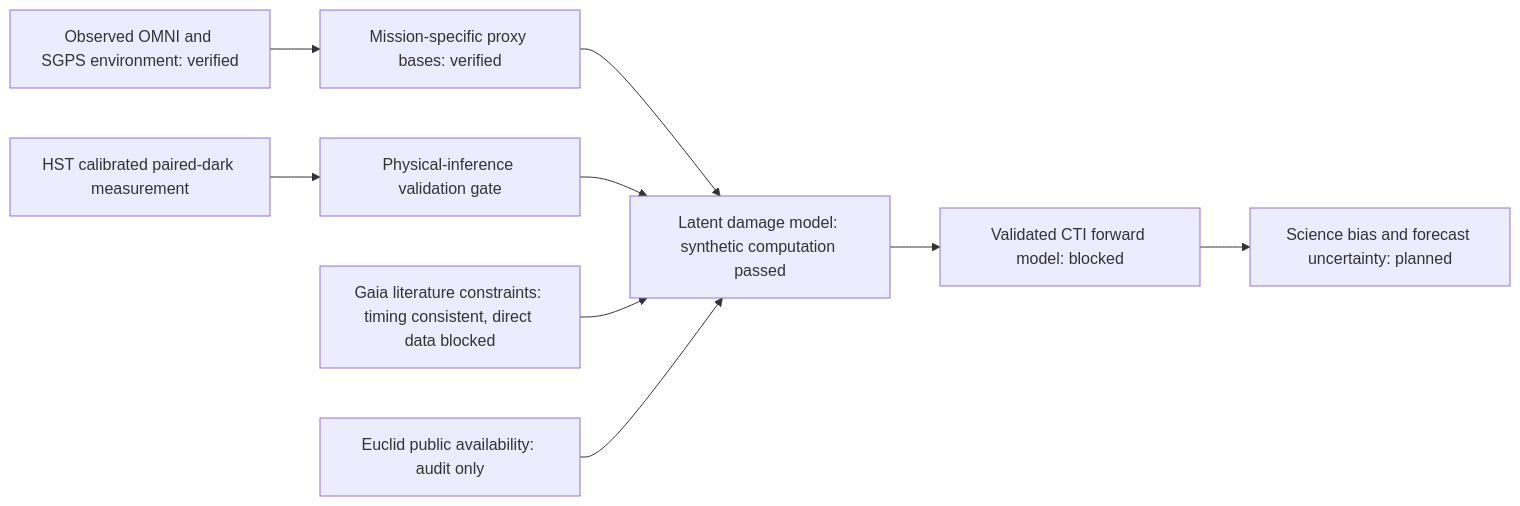
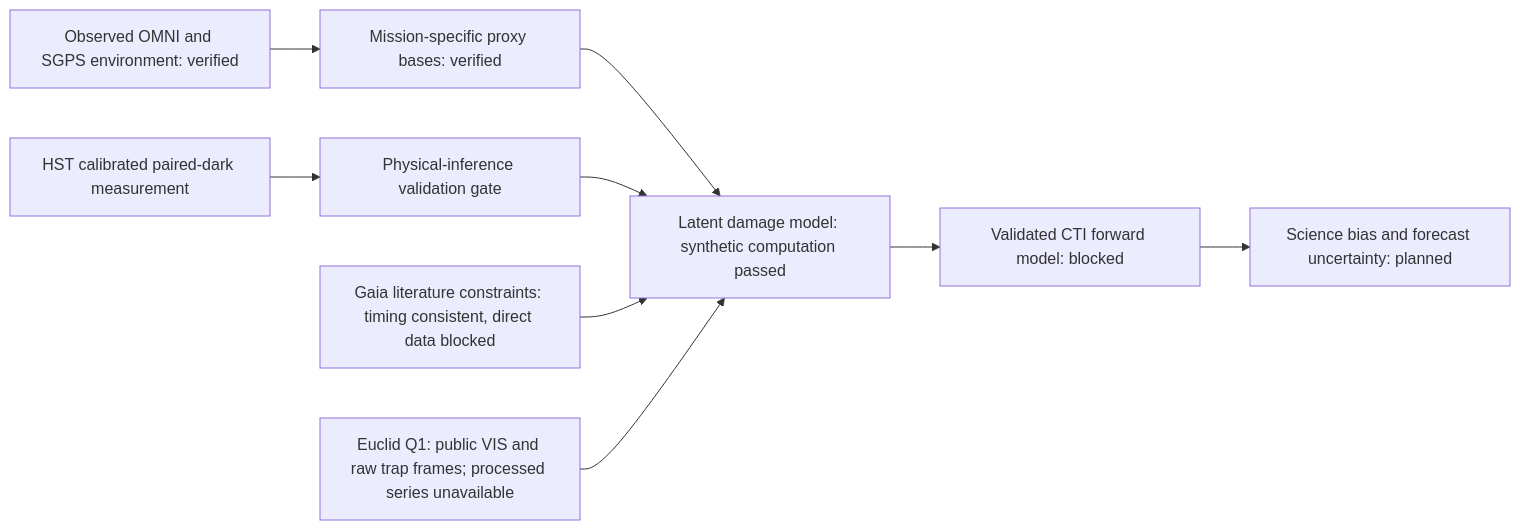
Before and after one commit to Biswajit1999/lattice-radiation-twin: the diagram in README.md, drawn with Mermaid. The commit also changed other lines of this file and 13 other files, not shown here.

Commit message:
science: audit Euclid public transfer inputs

````diff
--- a/README.md
+++ b/README.md
@@ -17,11 +17,11 @@
 ```mermaid
 flowchart LR
   A[Observed OMNI and SGPS environment: verified] --> B[Mission-specific proxy bases: verified]
   B --> C[Latent damage model: synthetic computation passed]
   H[HST calibrated paired-dark measurement] --> V[Physical-inference validation gate]
   V --> C
   G[Gaia literature constraints: timing consistent, direct data blocked] --> C
-  E[Euclid public availability: audit only] --> C
+  E[Euclid Q1: public VIS and raw trap frames; processed series unavailable] --> C
   C --> D[Validated CTI forward model: blocked]
   D --> S[Science bias and forecast uncertainty: planned]
 ```
````
